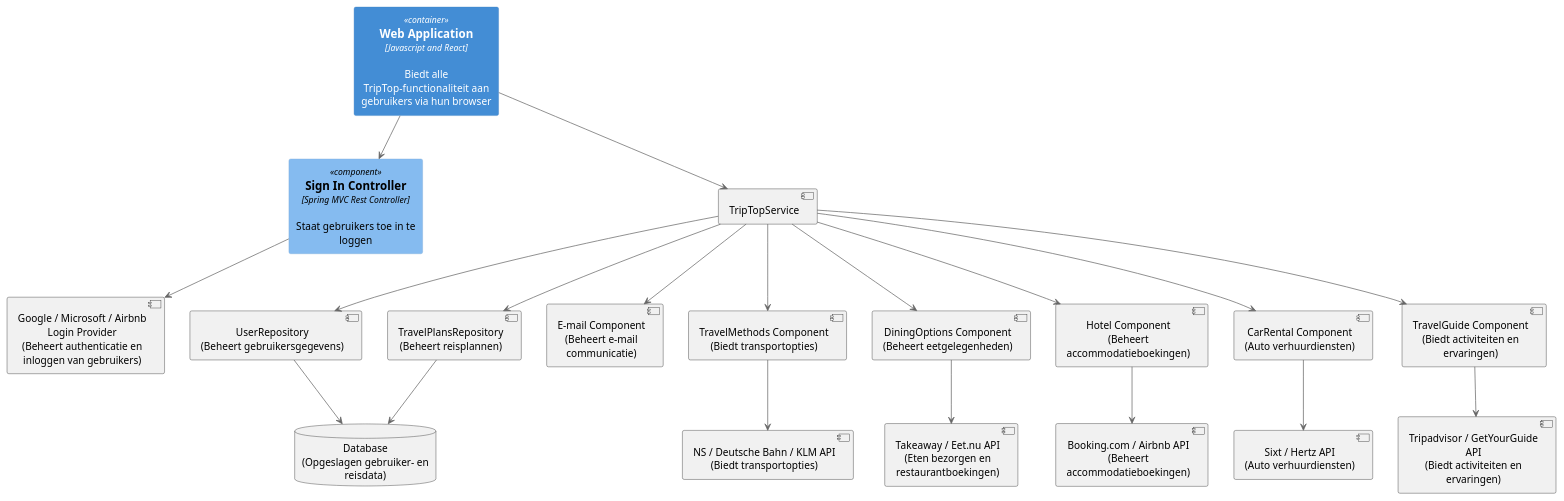
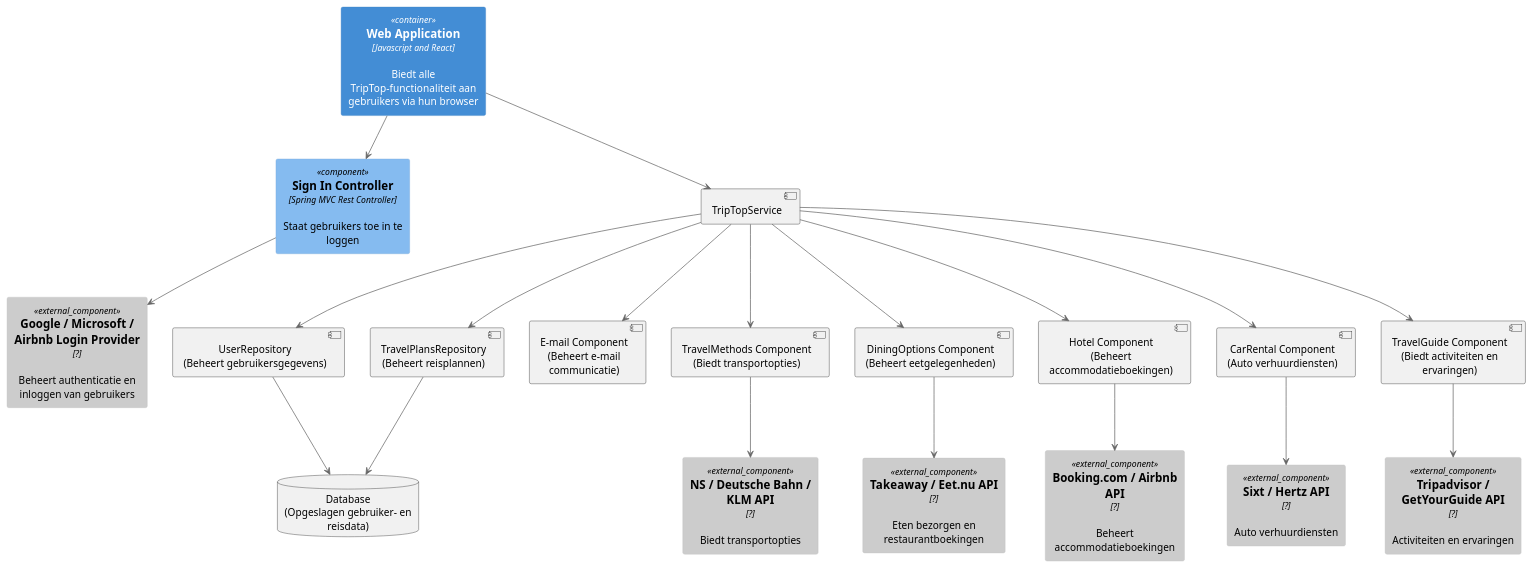
Before and after one commit to AIM-ENE-feb25/triptop-groep-3: the diagram in opdracht-diagrammen/C4 Component/Component Diagram Jordy.puml, drawn with PlantUML. The commit also changed 1 other file, not shown here.

Commit message:
ext  componenten toegevoegd aan jordis deel

```diff
--- a/opdracht-diagrammen/C4 Component/Component Diagram Jordy.puml
+++ b/opdracht-diagrammen/C4 Component/Component Diagram Jordy.puml
@@ -1,44 +1,44 @@
 @startuml
 !include https://raw.githubusercontent.com/plantuml-stdlib/C4-PlantUML/master/C4_Component.puml
 
 Container(WebApp, "Web Application", Javascript and React, Biedt alle TripTop-functionaliteit aan gebruikers via hun browser)
 Component(SignIn, Sign In Controller, Spring MVC Rest Controller, Staat gebruikers toe in te loggen)
 component "TripTopService" as Service
 component "UserRepository\n(Beheert gebruikersgegevens)" as UserRepo
 component "TravelPlansRepository\n(Beheert reisplannen)" as PlansRepo
 database "Database\n(Opgeslagen gebruiker- en reisdata)" as DB
 component "E-mail Component\n(Beheert e-mail communicatie)" as Email
 component "TravelMethods Component\n(Biedt transportopties)" as TravelMethods
 component "DiningOptions Component\n(Beheert eetgelegenheden)" as DiningOptions
 component "Hotel Component\n(Beheert accommodatieboekingen)" as Hotel
 component "CarRental Component\n(Auto verhuurdiensten)" as CarRental
 component "TravelGuide Component\n(Biedt activiteiten en ervaringen)" as TravelGuide
 
-component "Booking.com / Airbnb API\n(Beheert accommodatieboekingen)" as BookingAPI
-component "NS / Deutsche Bahn / KLM API\n(Biedt transportopties)" as TransportAPI
-component "Sixt / Hertz API\n(Auto verhuurdiensten)" as RentalAPI
-component "Tripadvisor / GetYourGuide API\n(Biedt activiteiten en ervaringen)" as GuideAPI
-component "Takeaway / Eet.nu API\n(Eten bezorgen en restaurantboekingen)" as DiningAPI
-component "Google / Microsoft / Airbnb Login Provider\n(Beheert authenticatie en inloggen van gebruikers)" as LoginProvider
+Component_Ext(BookingAPI, "Booking.com / Airbnb API", ? ,"Beheert accommodatieboekingen")
+Component_Ext(TransportAPI, "NS / Deutsche Bahn / KLM API", ? ,"Biedt transportopties")
+Component_Ext(RentalAPI, Sixt / Hertz API, ? ,"Auto verhuurdiensten")
+Component_Ext(GuideAPI, Tripadvisor / GetYourGuide API, ? ,"Activiteiten en ervaringen")
+Component_Ext(DiningAPI, Takeaway / Eet.nu API, ? ,"Eten bezorgen en restaurantboekingen")
+Component_Ext(LoginProvider, "Google / Microsoft / Airbnb Login Provider", ?, "Beheert authenticatie en inloggen van gebruikers")
 
 WebApp --> SignIn
 WebApp --> Service
 Service --> UserRepo
 Service --> PlansRepo
 Service --> Email
 Service --> TravelMethods
 Service --> DiningOptions
 Service --> Hotel
 Service --> CarRental
 Service --> TravelGuide
 
 UserRepo --> DB
 PlansRepo --> DB
 
 TravelMethods --> TransportAPI
 CarRental --> RentalAPI
 DiningOptions --> DiningAPI
 Hotel --> BookingAPI
 TravelGuide --> GuideAPI
 SignIn --> LoginProvider
 @enduml
```
